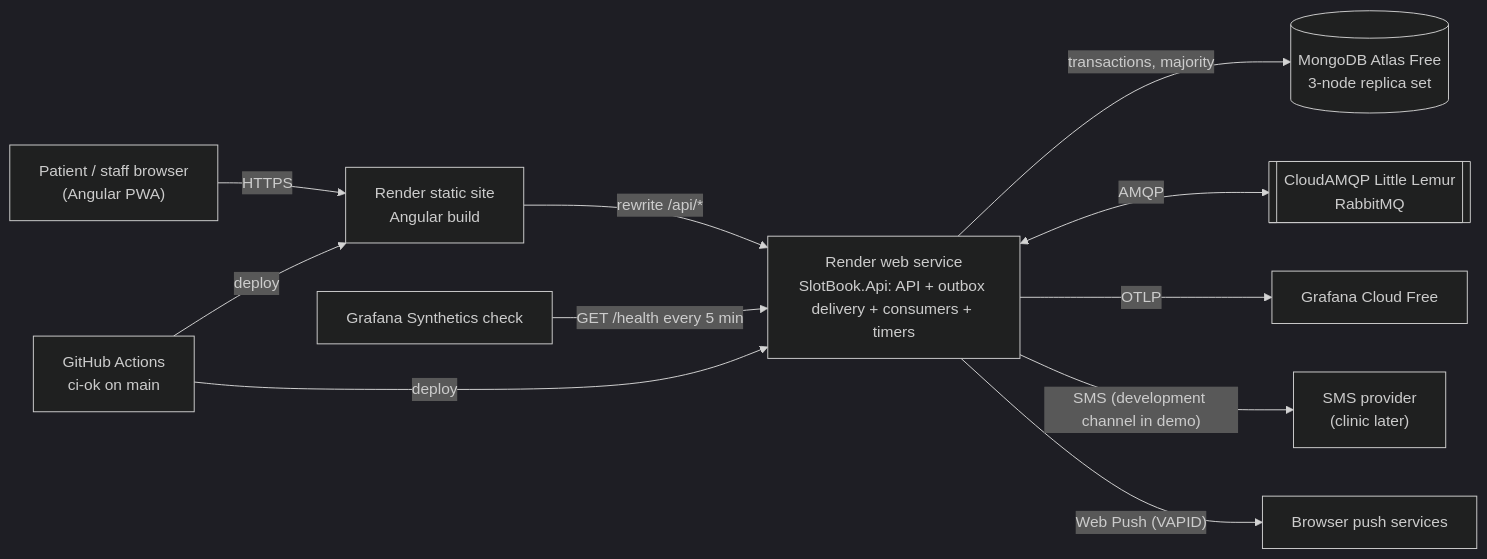
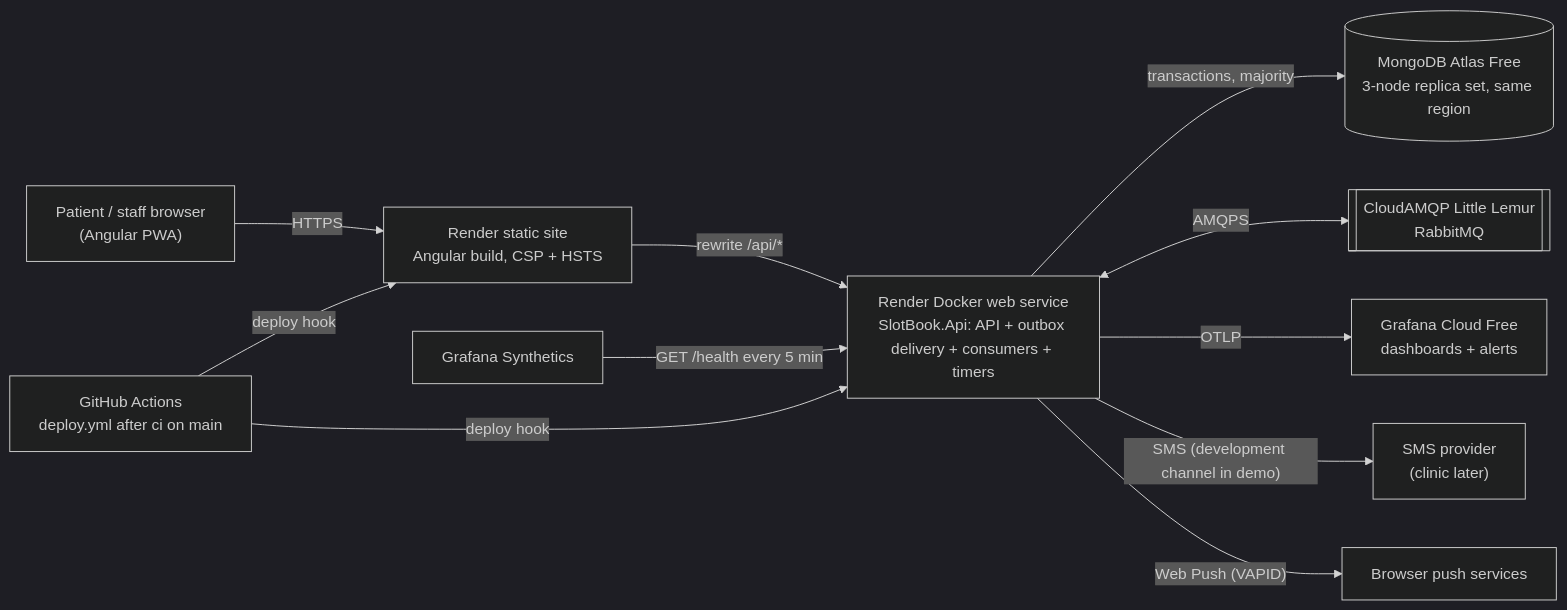
One commit to ashik71/bookingSystem changed the second of 4 diagrams in _bmad-output/initiative-booking-management/architecture-slotbook/architecture-slotbook.md. Above: the diagram before and after it, drawn with Mermaid (dark theme). The commit also changed other lines of this file and 8 other files, not shown here.

First line of the commit message:
docs: restructure architecture spine after the rubric review

````diff
--- a/_bmad-output/initiative-booking-management/architecture-slotbook/architecture-slotbook.md
+++ b/_bmad-output/initiative-booking-management/architecture-slotbook/architecture-slotbook.md
@@ -774,13 +895,13 @@
 ```mermaid
 flowchart LR
-    Phone["Patient / staff browser<br/>(Angular PWA)"] -->|HTTPS| Static["Render static site<br/>Angular build"]
-    Static -->|"rewrite /api/*"| Web["Render web service<br/>SlotBook.Api: API + outbox delivery + consumers + timers"]
-    Web -->|"transactions, majority"| Mongo[("MongoDB Atlas Free<br/>3-node replica set")]
-    Web <-->|AMQP| Rabbit[["CloudAMQP Little Lemur<br/>RabbitMQ"]]
-    Web -->|OTLP| Grafana["Grafana Cloud Free"]
+    Phone["Patient / staff browser<br/>(Angular PWA)"] -->|HTTPS| Static["Render static site<br/>Angular build, CSP + HSTS"]
+    Static -->|"rewrite /api/*"| Web["Render Docker web service<br/>SlotBook.Api: API + outbox delivery + consumers + timers"]
+    Web -->|"transactions, majority"| Mongo[("MongoDB Atlas Free<br/>3-node replica set, same region")]
+    Web <-->|AMQPS| Rabbit[["CloudAMQP Little Lemur<br/>RabbitMQ"]]
+    Web -->|OTLP| Grafana["Grafana Cloud Free<br/>dashboards + alerts"]
     Web -->|"SMS (development channel in demo)"| Sms["SMS provider<br/>(clinic later)"]
     Web -->|"Web Push (VAPID)"| Push["Browser push services"]
-    Uptime["Grafana Synthetics check"] -->|"GET /health every 5 min"| Web
-    GH["GitHub Actions<br/>ci-ok on main"] -->|deploy| Web
-    GH -->|deploy| Static
+    Uptime["Grafana Synthetics"] -->|"GET /health every 5 min"| Web
+    GH["GitHub Actions<br/>deploy.yml after ci on main"] -->|"deploy hook"| Web
+    GH -->|"deploy hook"| Static
 ```
````
